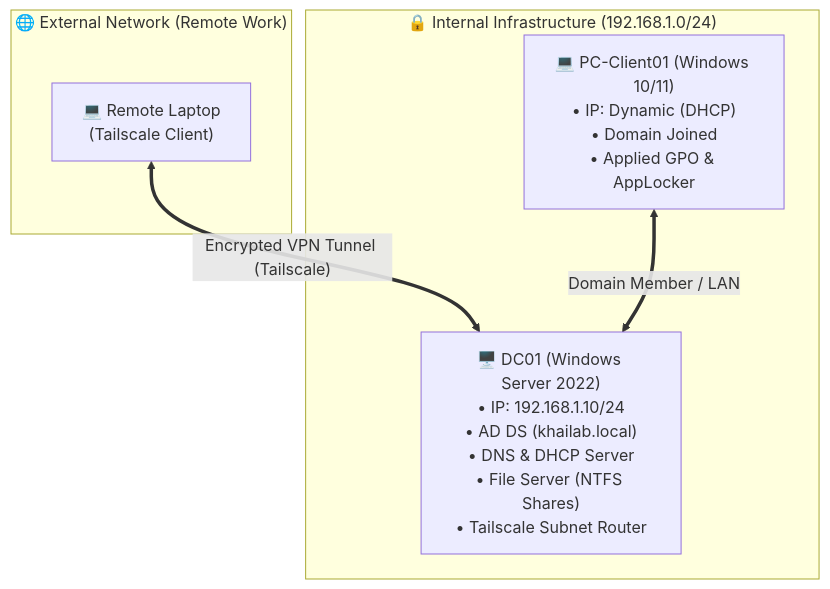
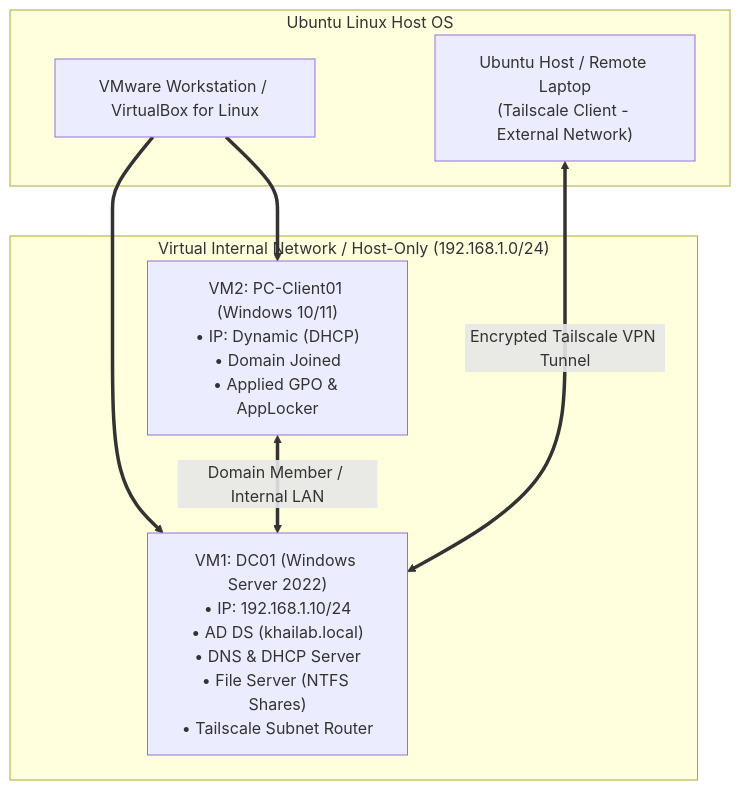
The diagram in README.md (HoangTranVietKhai11/WINDOWS-SERVER-ACTIVE-DIRECTORY-LAB), drawn with Mermaid before and after one commit. The commit also changed other lines of this file and 21 other files, not shown here.

````diff
--- a/README.md
+++ b/README.md
@@ -40,14 +42,17 @@
 ```mermaid
 graph TD
-    subgraph Remote_Client [" 🌐 External Network (Remote Work) "]
-        Laptop["💻 Remote Laptop<br/>(Tailscale Client)"]
+    subgraph Host_OS [" Ubuntu Linux Host OS "]
+        VMware["VMware Workstation / VirtualBox for Linux"]
+        UbuntuClient["Ubuntu Host / Remote Laptop<br/>(Tailscale Client - External Network)"]
     end
 
-    subgraph Internal_Lab [" 🔒 Internal Infrastructure (192.168.1.0/24) "]
-        DC01["🖥️ DC01 (Windows Server 2022)<br/>• IP: 192.168.1.10/24<br/>• AD DS (khailab.local)<br/>• DNS & DHCP Server<br/>• File Server (NTFS Shares)<br/>• Tailscale Subnet Router"]
-        Client01["💻 PC-Client01 (Windows 10/11)<br/>• IP: Dynamic (DHCP)<br/>• Domain Joined<br/>• Applied GPO & AppLocker"]
+    subgraph Internal_LAN [" Virtual Internal Network / Host-Only (192.168.1.0/24) "]
+        DC01["VM1: DC01 (Windows Server 2022)<br/>• IP: 192.168.1.10/24<br/>• AD DS (khailab.local)<br/>• DNS & DHCP Server<br/>• File Server (NTFS Shares)<br/>• Tailscale Subnet Router"]
+        Client01["VM2: PC-Client01 (Windows 10/11)<br/>• IP: Dynamic (DHCP)<br/>• Domain Joined<br/>• Applied GPO & AppLocker"]
     end
 
-    Laptop <== "Encrypted VPN Tunnel (Tailscale)" ==> DC01
-    Client01 <== "Domain Member / LAN" ==> DC01
+    VMware ==> DC01
+    VMware ==> Client01
+    Client01 <== "Domain Member / Internal LAN" ==> DC01
+    UbuntuClient <== "Encrypted Tailscale VPN Tunnel" ==> DC01
 ```
````
